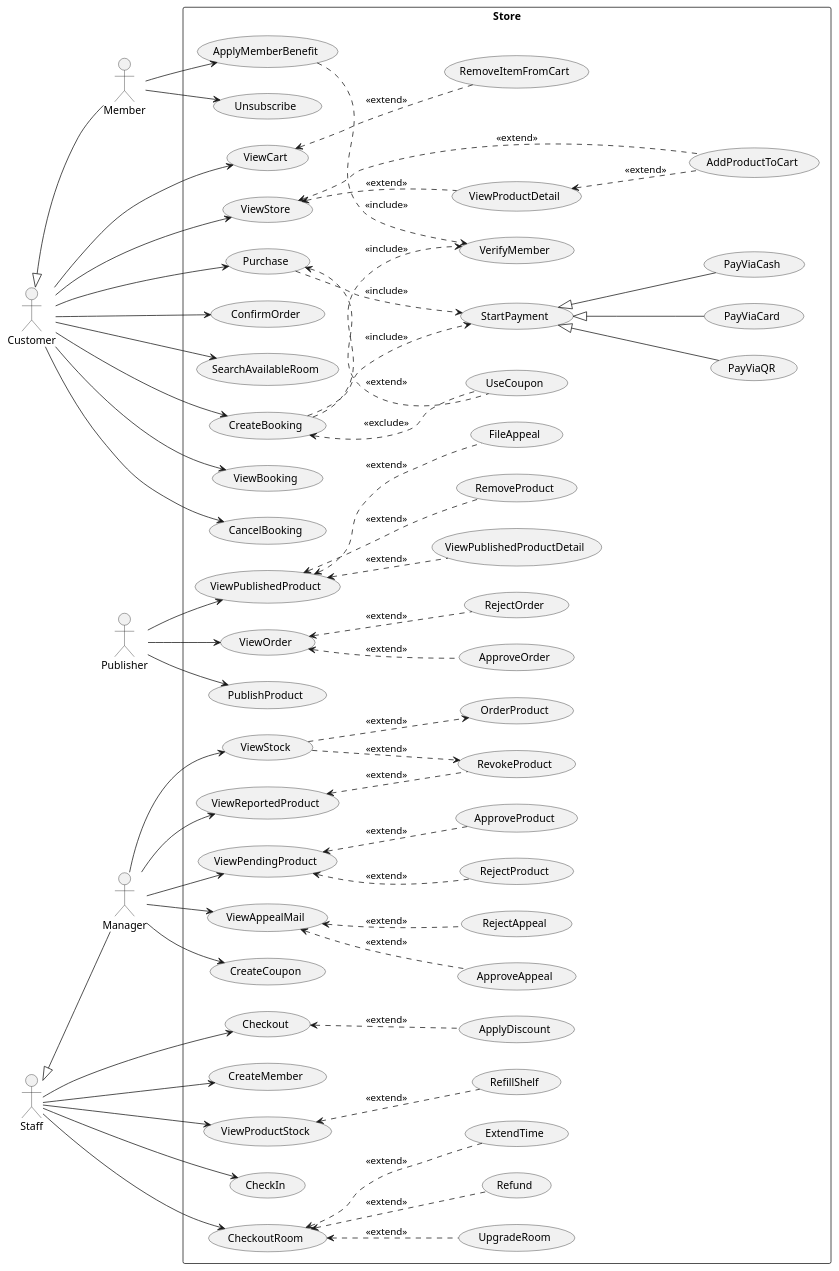
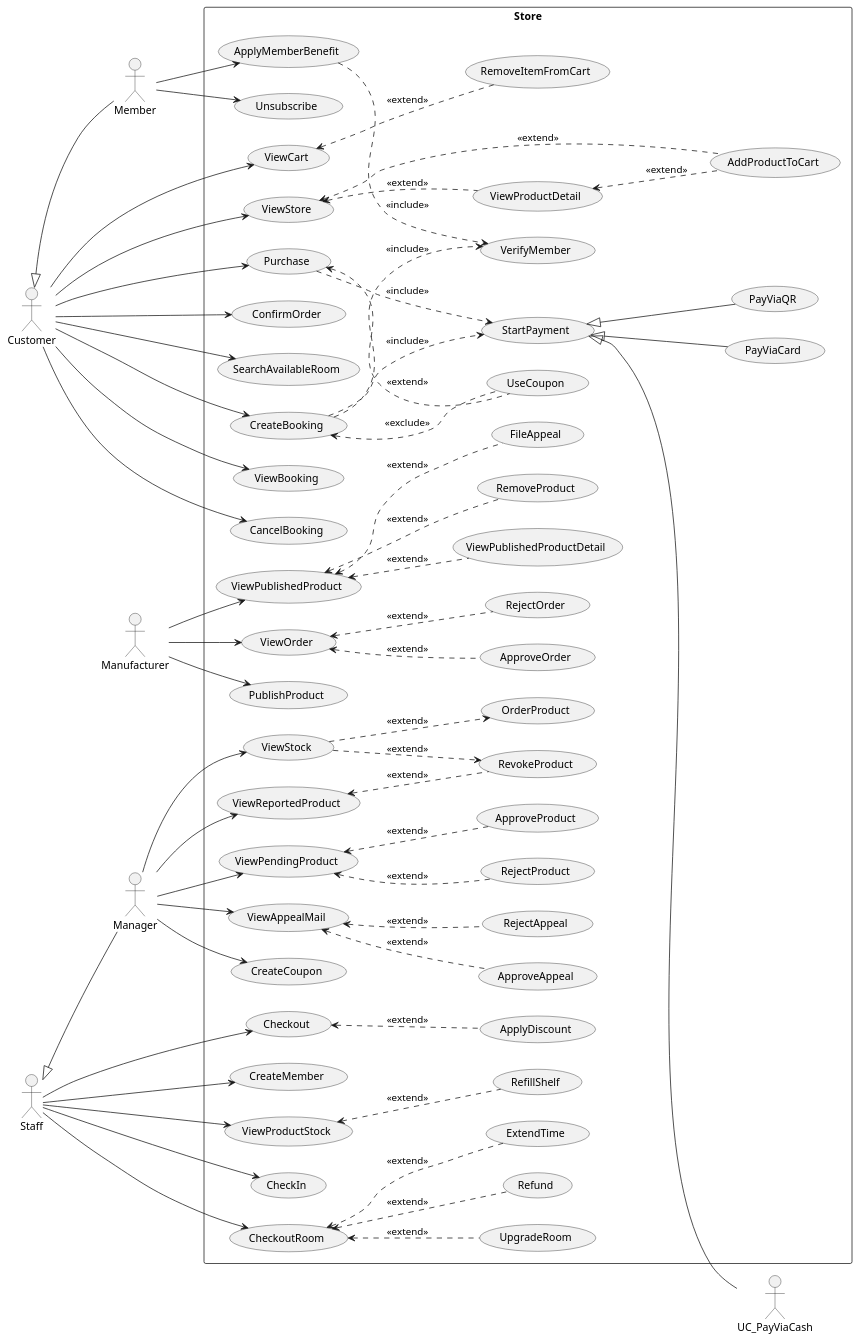
The diagram in UseCaseDiagram/usecase_diagram copy.puml (WaroonRagwongsiri/OOP_Project), drawn with PlantUML before and after one commit. The commit also changed 1 other file, not shown here.

Commit message:
Refactoring Class Diagram and some Useccase Diagram

```diff
--- a/UseCaseDiagram/usecase_diagram copy.puml
+++ b/UseCaseDiagram/usecase_diagram copy.puml
@@ -1,162 +1,161 @@
 @startuml UseCaseDiagram
 left to right direction
 
 ' =========================
 ' Actors (from hierarchy in Class Diagram)
 ' =========================
 actor "Customer" as A_Customer
 actor "Member" as A_Member
-actor "Publisher" as A_Publisher
+actor "Manufacturer" as A_Manufacturer
 actor "Staff" as A_Staff
 actor "Manager" as A_Manager
 
 A_Customer <|-- A_Member
 A_Staff <|-- A_Manager
 
 rectangle "Store" {
 
 	'Customer'
 	usecase "AddProductToCart" as UC_AddProductToCart
 	usecase "ViewCart" as UC_ViewCart
 	usecase "RemoveItemFromCart" as UC_RemoveItemFromCart
 	usecase "ViewStore" as UC_ViewStore
 	usecase "ViewProductDetail" as UC_ViewProductDetail
 	usecase "Purchase" as UC_Purchase
 	usecase "UseCoupon" as UC_UseCoupon
 	usecase "ConfirmOrder" as UC_ConfirmOrder
 
 	'Payment'
 	usecase "StartPayment" as UC_StartPayment
 	usecase "PayViaCard" as UC_PayViaCard
-	usecase "PayViaCash" as UC_PayViaCash
 	usecase "PayViaQR" as UC_PayViaQR
 
 	'Member'
 	usecase "ApplyMemberBenefit" as UC_ApplyMemberBenefit
 	usecase "VerifyMember" as UC_VerifyMember
 	usecase "Unsubscribe" as UC_Unsubscribe
 
-	'Publisher'
+	'Manufacturer'
 	usecase "PublishProduct" as UC_PublishProduct
 	usecase "ViewPublishedProduct" as UC_ViewPublishedProduct
 	usecase "ViewPublishedProductDetail" as UC_ViewPublishedProductDetail
 	usecase "RemoveProduct" as UC_RemoveProduct
 	usecase "FileAppeal" as UC_FileAppeal
 	usecase "ViewOrder" as UC_ViewOrder
 	usecase "ApproveOrder" as UC_ApproveOrder
 	usecase "RejectOrder" as UC_RejectOrder
 
 	'Staff'
 	usecase "Checkout" as UC_Checkout
 	usecase "ApplyDiscount" as UC_ApplyDiscount
 	usecase "CreateMember" as UC_CreateMember
 
 	'Manager'
 	usecase "ViewPendingProduct" as UC_ViewPendingProduct
 	usecase "ApproveProduct" as UC_ApproveProduct
 	usecase "RejectProduct" as UC_RejectProduct
 	usecase "ViewReportedProduct" as UC_ViewReportedProduct
 	usecase "RevokeProduct" as UC_RevokeProduct
 	usecase "ViewAppealMail" as UC_ViewAppealMail
 	usecase "ApproveAppeal" as UC_ApproveAppeal
 	usecase "RejectAppeal" as UC_RejectAppeal
 	usecase "ViewProductStock" as UC_ViewProductStock
 	usecase "RefillShelf" as UC_RefillShelf
 	usecase "CreateCoupon" as UC_CreateCoupon
 	usecase "OrderProduct" as UC_OrderProduct
 	usecase "ViewStock" as UC_ViewStock
 
 	'Room Booking'
 	usecase "SearchAvailableRoom" as UC_SearchAvailableRoom
 	usecase "CreateBooking" as UC_CreateBooking
 	usecase "ViewBooking" as UC_ViewBooking
 	usecase "CancelBooking" as UC_CancelBooking
 	usecase "CheckIn" as UC_CheckIn
 	usecase "ExtendTime" as UC_ExtendTime
 	usecase "UpgradeRoom" as UC_UpgradeRoom
 	usecase "CheckoutRoom" as UC_CheckoutRoom
 	usecase "Refund" as UC_Refund
 }
 
 'Customer'
 A_Customer --> UC_ViewCart
 A_Customer --> UC_ViewStore
 A_Customer --> UC_Purchase
 A_Customer --> UC_ConfirmOrder
 
 UC_ViewStore <.. UC_AddProductToCart : <<extend>>
 UC_ViewStore <.. UC_ViewProductDetail : <<extend>>
 
 UC_ViewProductDetail <.. UC_AddProductToCart : <<extend>>
 
 UC_ViewCart <.. UC_RemoveItemFromCart : <<extend>>
 
 UC_Purchase <.. UC_UseCoupon : <<extend>>
 UC_Purchase ..> UC_StartPayment : <<include>>
 
 'Payment'
 UC_StartPayment <|-- UC_PayViaCash
 UC_StartPayment <|-- UC_PayViaCard
 UC_StartPayment <|-- UC_PayViaQR
 
 'Member'
 A_Member --> UC_ApplyMemberBenefit
 A_Member --> UC_Unsubscribe
 
 UC_ApplyMemberBenefit ..> UC_VerifyMember : <<include>>
 
-'Publisher'
-A_Publisher --> UC_PublishProduct
-A_Publisher --> UC_ViewPublishedProduct
-A_Publisher --> UC_ViewOrder
+'Manufacturer'
+A_Manufacturer --> UC_PublishProduct
+A_Manufacturer --> UC_ViewPublishedProduct
+A_Manufacturer --> UC_ViewOrder
 
 UC_ViewOrder <.. UC_ApproveOrder : <<extend>>
 UC_ViewOrder <.. UC_RejectOrder : <<extend>>
 
 UC_ViewPublishedProduct <.. UC_RemoveProduct : <<extend>>
 UC_ViewPublishedProduct <.. UC_ViewPublishedProductDetail : <<extend>>
 UC_ViewPublishedProduct <.. UC_FileAppeal : <<extend>>
 
 'Staff'
 A_Staff --> UC_Checkout
 A_Staff --> UC_ViewProductStock
 A_Staff --> UC_CreateMember
 A_Staff --> UC_CheckIn
 A_Staff --> UC_CheckoutRoom
 
 UC_CheckoutRoom <.. UC_Refund : <<extend>>
 UC_CheckoutRoom <.. UC_ExtendTime : <<extend>>
 UC_CheckoutRoom <.. UC_UpgradeRoom : <<extend>>
 
 UC_Checkout <.. UC_ApplyDiscount : <<extend>>
 UC_ViewProductStock <.. UC_RefillShelf : <<extend>>
 
 'Manager'
 A_Manager --> UC_ViewReportedProduct
 A_Manager --> UC_ViewAppealMail
 A_Manager --> UC_ViewPendingProduct
 A_Manager --> UC_CreateCoupon
 A_Manager --> UC_ViewStock
 
 UC_ViewStock ..> UC_OrderProduct : <<extend>>
 UC_ViewStock ..> UC_RevokeProduct : <<extend>>
 
 UC_ViewReportedProduct <.. UC_RevokeProduct : <<extend>>
 
 UC_ViewAppealMail <.. UC_ApproveAppeal : <<extend>>
 UC_ViewAppealMail <.. UC_RejectAppeal : <<extend>>
 
 UC_ViewPendingProduct <.. UC_ApproveProduct : <<extend>>
 UC_ViewPendingProduct <.. UC_RejectProduct : <<extend>>
 
 'Customer / Member booking
 A_Customer --> UC_SearchAvailableRoom
 A_Customer --> UC_CreateBooking
 A_Customer --> UC_ViewBooking
 A_Customer --> UC_CancelBooking
 
 UC_CreateBooking ..> UC_VerifyMember : <<include>>
 UC_CreateBooking ..> UC_StartPayment : <<include>>
 UC_CreateBooking <.. UC_UseCoupon : <<exclude>>
 
 @enduml
```
